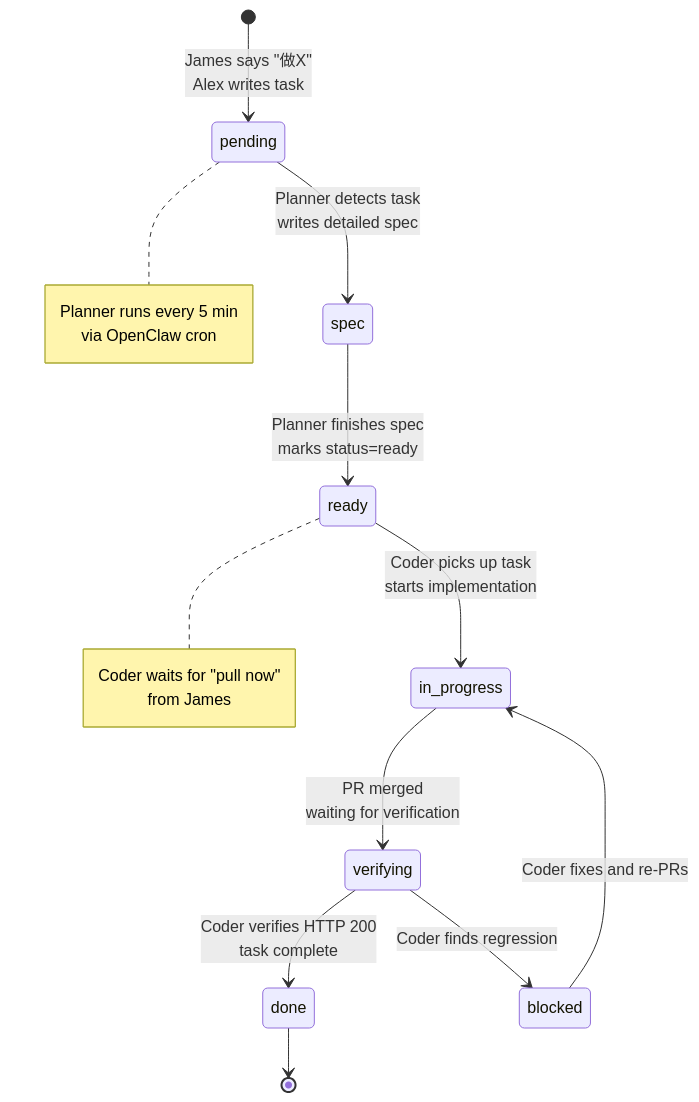
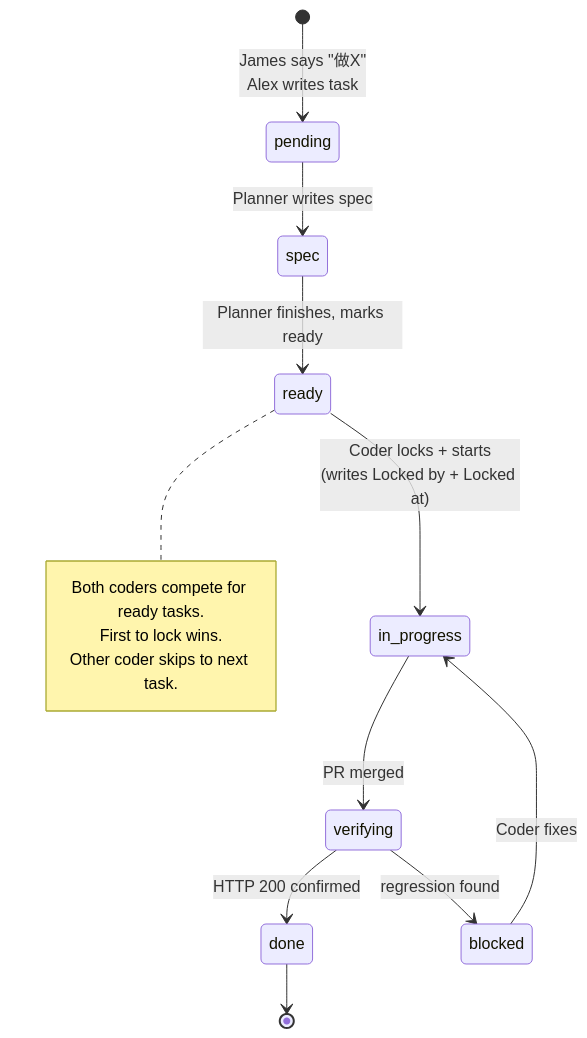
The second of 3 diagrams in doc/AUTOMATION_SYSTEM.md (JamesHuang22/product-tracer), drawn with Mermaid before and after one commit. The commit also changed other lines of this file and 1 other file, not shown here.

Commit message:
docs: v3 — two coders with lock mechanism, Coder-Auto (30min poll) + Coder-OnDemand (pull now)

````diff
--- a/doc/AUTOMATION_SYSTEM.md
+++ b/doc/AUTOMATION_SYSTEM.md
@@ -56,22 +56,18 @@
 ```mermaid
 stateDiagram-v2
     [*] --> pending: James says "做X"<br/>Alex writes task
-    pending --> spec: Planner detects task<br/>writes detailed spec
-    spec --> ready: Planner finishes spec<br/>marks status=ready
-    ready --> in_progress: Coder picks up task<br/>starts implementation
-    in_progress --> verifying: PR merged<br/>waiting for verification
-    verifying --> done: Coder verifies HTTP 200<br/>task complete
-    verifying --> blocked: Coder finds regression
-    blocked --> in_progress: Coder fixes and re-PRs
+    pending --> spec: Planner writes spec
+    spec --> ready: Planner finishes, marks ready
+    ready --> in_progress: Coder locks + starts<br/>(writes Locked by + Locked at)
+    in_progress --> verifying: PR merged
+    verifying --> done: HTTP 200 confirmed
+    verifying --> blocked: regression found
+    blocked --> in_progress: Coder fixes
     done --> [*]
 
-    note right of pending
-        Planner runs every 5 min
-        via OpenClaw cron
-    end note
-
     note right of ready
-        Coder waits for "pull now"
-        from James
+        Both coders compete for ready tasks.
+        First to lock wins.
+        Other coder skips to next task.
     end note
 ```
````
